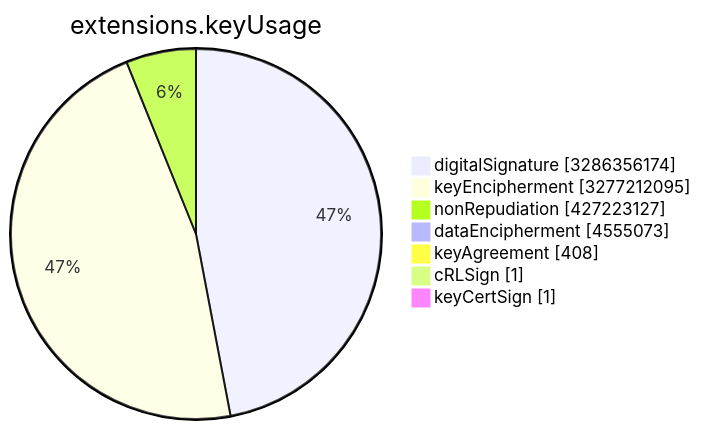
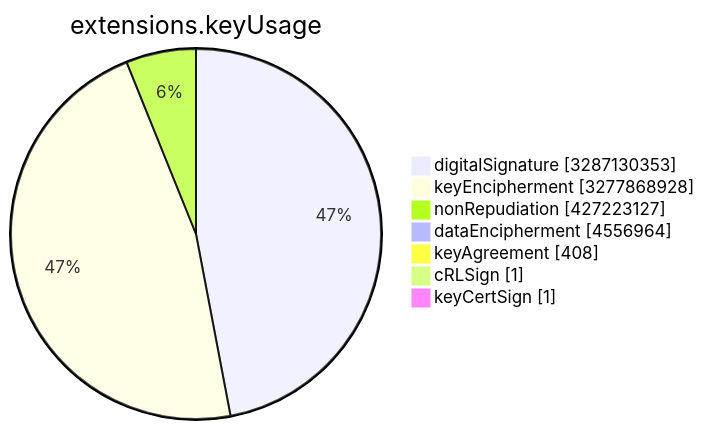
One commit to christiankrug/ctmonitor_visualization changed the sixth of 15 diagrams in TOTAL/README.md. Above: the diagram before and after it, drawn with Mermaid. The commit also changed other lines of this file, not shown here.

````diff
--- a/TOTAL/README.md
+++ b/TOTAL/README.md
@@ -3078,11 +3078,11 @@
 ```mermaid
 pie showData
 title extensions.keyUsage
-"digitalSignature" :3286356174
-"keyEncipherment" :3277212095
+"digitalSignature" :3287130353
+"keyEncipherment" :3277868928
 "nonRepudiation" :427223127
-"dataEncipherment" :4555073
+"dataEncipherment" :4556964
 "keyAgreement" :408
 "cRLSign" :1
 "keyCertSign" :1
 ```
````
